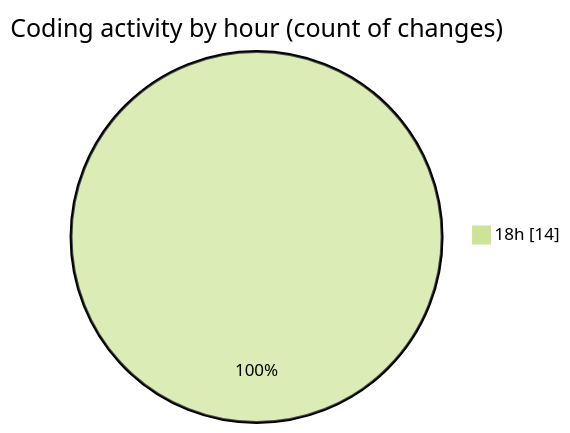
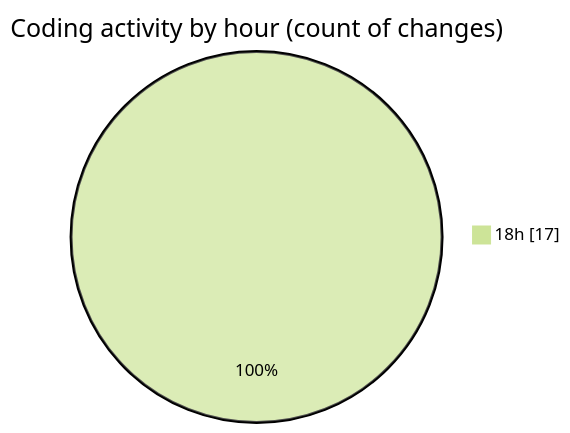
The second of 2 diagrams in 2025-12-28/java_basics/README.md (hasnaa123/code-tracking), drawn with Mermaid (forest theme) before and after one commit. The commit also changed other lines of this file and 1 other file, not shown here.

````diff
--- a/2025-12-28/java_basics/README.md
+++ b/2025-12-28/java_basics/README.md
@@ -28,5 +28,5 @@
 ```mermaid
 pie showData
 title Coding activity by hour (count of changes)
-"18h" : 14
+"18h" : 17
 ```
````
